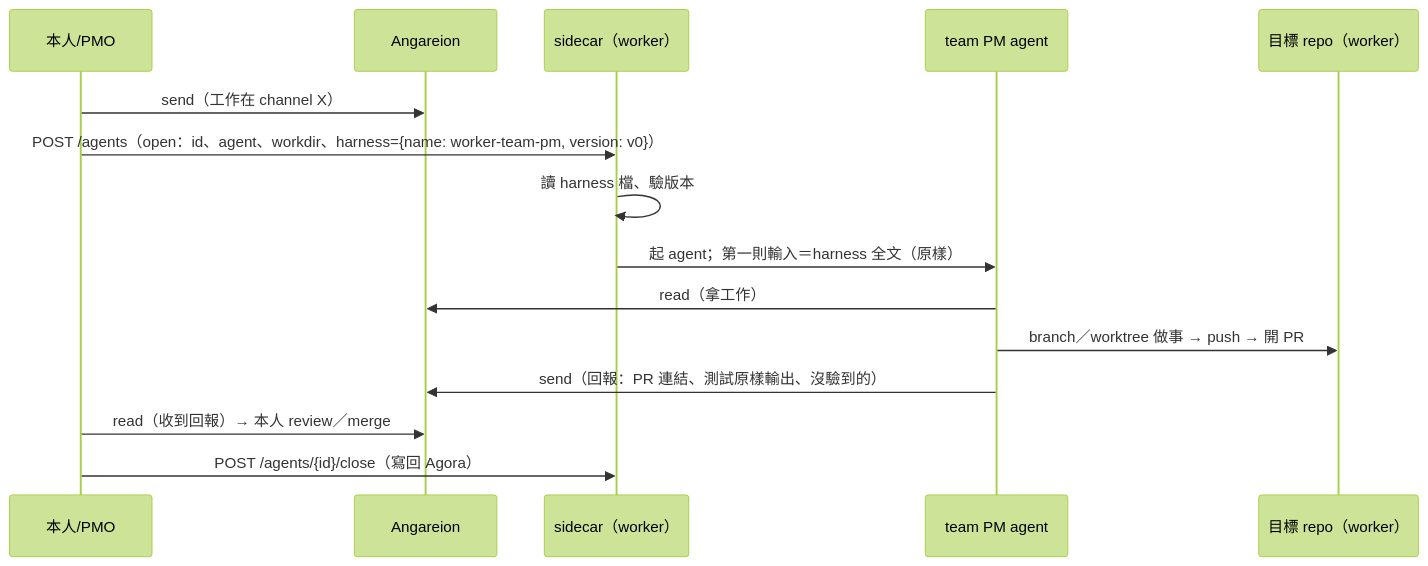
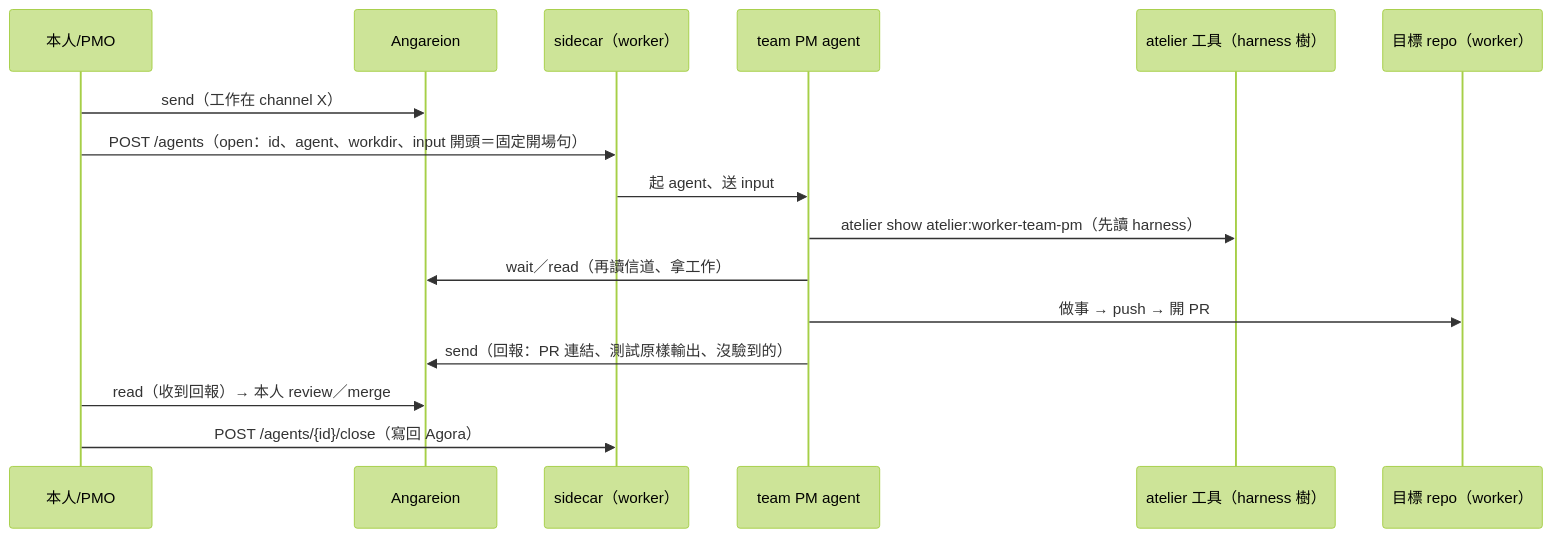
Before and after one commit to FATESAIKOU/MyAiStorage: the diagram in docs/atelier/interface-summary.md, drawn with Mermaid (forest theme). The commit also changed other lines of this file and 5 other files, not shown here.

````diff
--- a/docs/atelier/interface-summary.md
+++ b/docs/atelier/interface-summary.md
@@ -19,17 +20,18 @@
 ```mermaid
 sequenceDiagram
     participant U as 本人/PMO
     participant Ang as Angareion
     participant SC as sidecar（worker）
     participant PM as team PM agent
+    participant AT as atelier 工具（harness 樹）
     participant Repo as 目標 repo（worker）
     U->>Ang: send（工作在 channel X）
-    U->>SC: POST /agents（open：id、agent、workdir、harness={name: worker-team-pm, version: v0}）
-    SC->>SC: 讀 harness 檔、驗版本
-    SC->>PM: 起 agent；第一則輸入＝harness 全文（原樣）
-    PM->>Ang: read（拿工作）
-    PM->>Repo: branch／worktree 做事 → push → 開 PR
+    U->>SC: POST /agents（open：id、agent、workdir、input 開頭＝固定開場句）
+    SC->>PM: 起 agent、送 input
+    PM->>AT: atelier show atelier:worker-team-pm（先讀 harness）
+    PM->>Ang: wait／read（再讀信道、拿工作）
+    PM->>Repo: 做事 → push → 開 PR
     PM->>Ang: send（回報：PR 連結、測試原樣輸出、沒驗到的）
     U->>Ang: read（收到回報）→ 本人 review／merge
     U->>SC: POST /agents/{id}/close（寫回 Agora）
 ```
````
